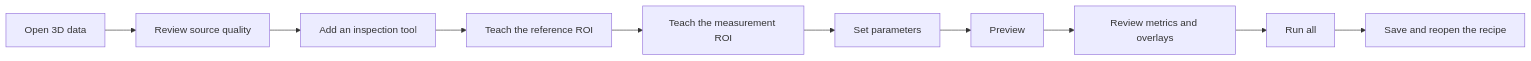
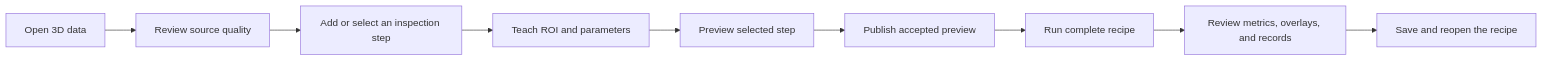
The diagram in README.md (Noah8218/OpenVisionLab-3D-Studio), drawn with Mermaid before and after one commit. The commit also changed other lines of this file and 6 other files, not shown here.

````diff
--- a/README.md
+++ b/README.md
@@ -20,12 +34,11 @@
 ```mermaid
 flowchart LR
     Source["Open 3D data"] --> Quality["Review source quality"]
-    Quality --> Tool["Add an inspection tool"]
-    Tool --> Reference["Teach the reference ROI"]
-    Reference --> Measurement["Teach the measurement ROI"]
-    Measurement --> Parameter["Set parameters"]
-    Parameter --> Preview["Preview"]
-    Preview --> Review["Review metrics and overlays"]
-    Review --> Run["Run all"]
-    Run --> Save["Save and reopen the recipe"]
+    Quality --> Tool["Add or select an inspection step"]
+    Tool --> Teach["Teach ROI and parameters"]
+    Teach --> Preview["Preview selected step"]
+    Preview --> Publish["Publish accepted preview"]
+    Publish --> Run["Run complete recipe"]
+    Run --> Evidence["Review metrics, overlays, and records"]
+    Evidence --> Save["Save and reopen the recipe"]
 ```
````
